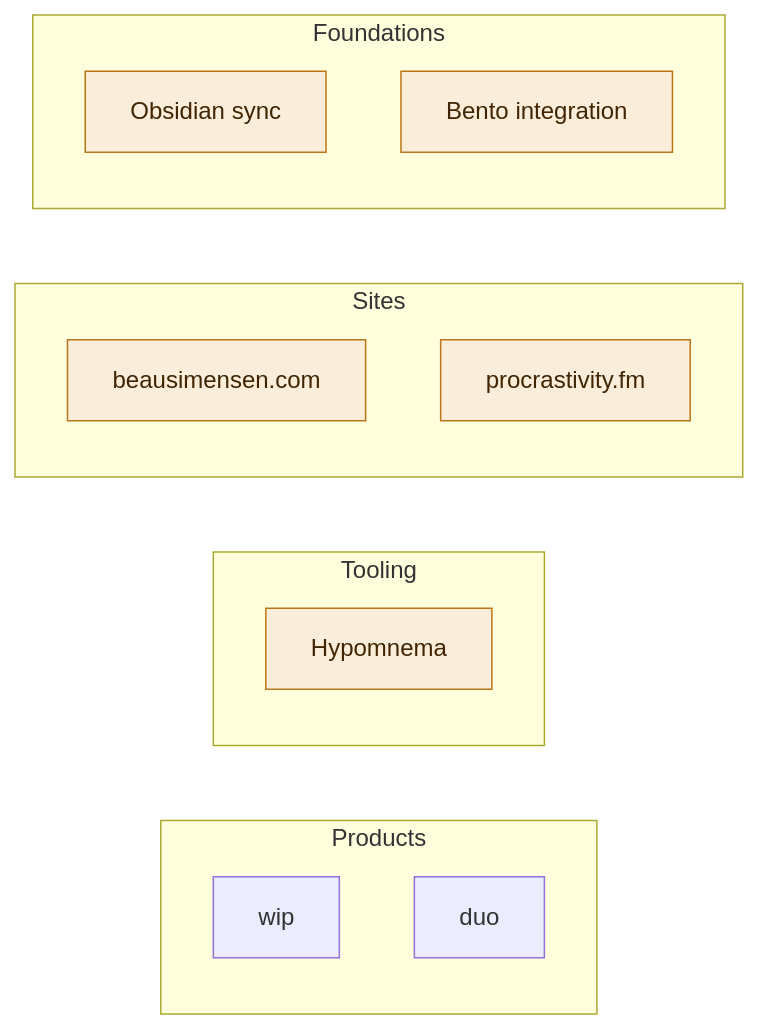
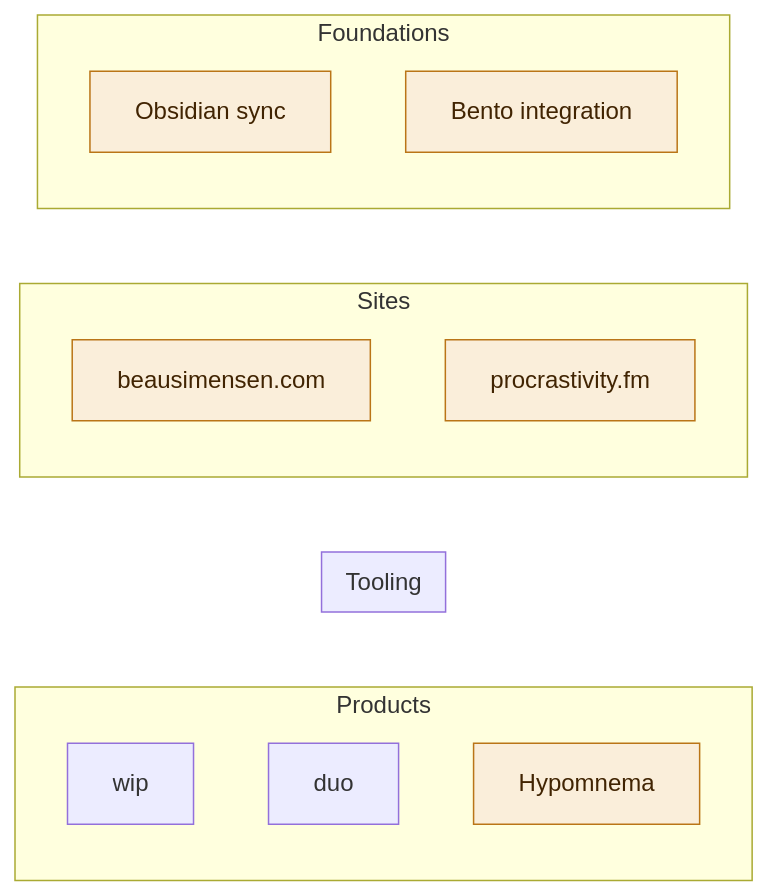
Before and after one commit to simensen/beausimensen-com-content: the diagram in pages/now.md, drawn with Mermaid. The commit also changed other lines of this file, not shown here.

````diff
--- a/pages/now.md
+++ b/pages/now.md
@@ -12,28 +12,28 @@
 ```mermaid
 flowchart LR
     subgraph Products
         wip[wip]
         duo[duo]
+        hypomnema[Hypomnema]
     end
 
     subgraph Tooling
         wip[wip]
         duo[duo]
-        hypomnema[Hypomnema]
     end
 
     subgraph Sites
         beausimensen[beausimensen.com]
         procrastivity[procrastivity.fm]
     end
 
     subgraph Foundations
         sync[Obsidian sync]
         bento[Bento integration]
     end
 
     classDef shipped fill:#EAF3DE,stroke:#639922,color:#173404
     classDef active fill:#FAEEDA,stroke:#BA7517,color:#412402
     class gethmn shipped
     class beausimensen,procrastivity,hypomnema,sync,bento active
 ```
````
